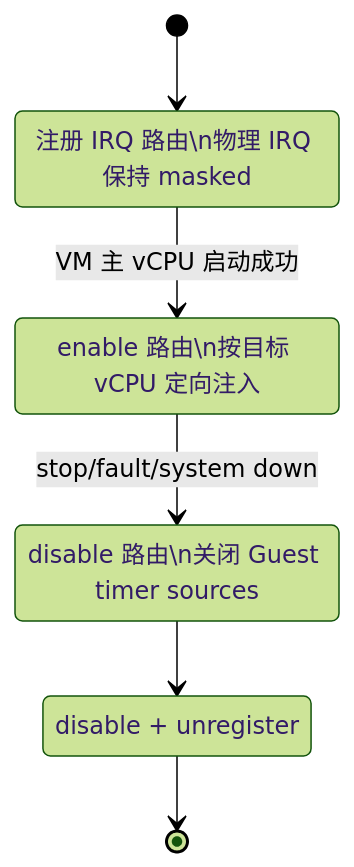
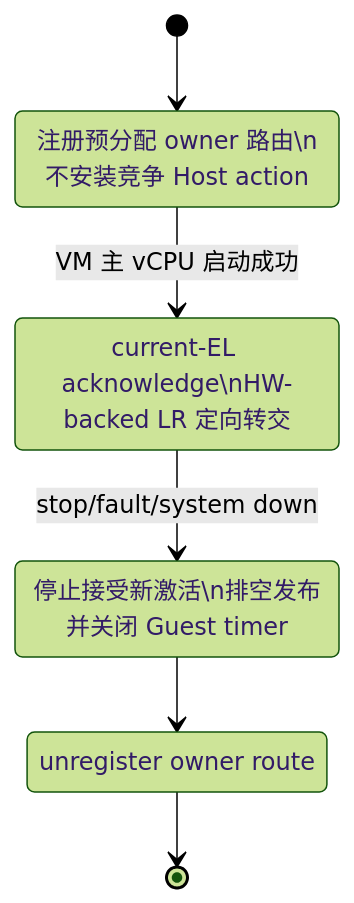
The fourth of 10 diagrams in docs/ai-rtos/完整全流程实现与复现手册.md (qcl-kernel/tgoskits-Avalon), drawn with Mermaid (forest theme) before and after one commit. The commit also changed other lines of this file and 2 other files, not shown here.

````diff
--- a/docs/ai-rtos/完整全流程实现与复现手册.md
+++ b/docs/ai-rtos/完整全流程实现与复现手册.md
@@ -267,12 +267,12 @@
 ```mermaid
 stateDiagram-v2
     [*] --> Preparing
-    Preparing: 注册 IRQ 路由\n物理 IRQ 保持 masked
+    Preparing: 注册预分配 owner 路由\n不安装竞争 Host action
     Preparing --> Running: VM 主 vCPU 启动成功
-    Running: enable 路由\n按目标 vCPU 定向注入
+    Running: current-EL acknowledge\nHW-backed LR 定向转交
     Running --> Stopping: stop/fault/system down
-    Stopping: disable 路由\n关闭 Guest timer sources
+    Stopping: 停止接受新激活\n排空发布并关闭 Guest timer
     Stopping --> Removed
-    Removed: disable + unregister
+    Removed: unregister owner route
     Removed --> [*]
 ```
````
